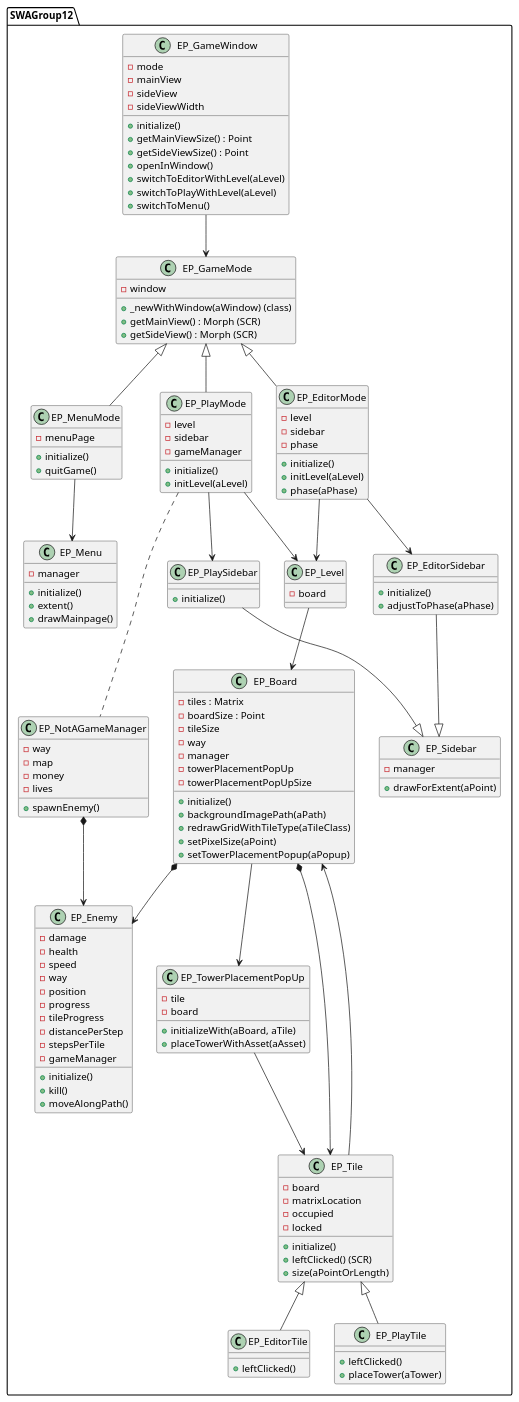
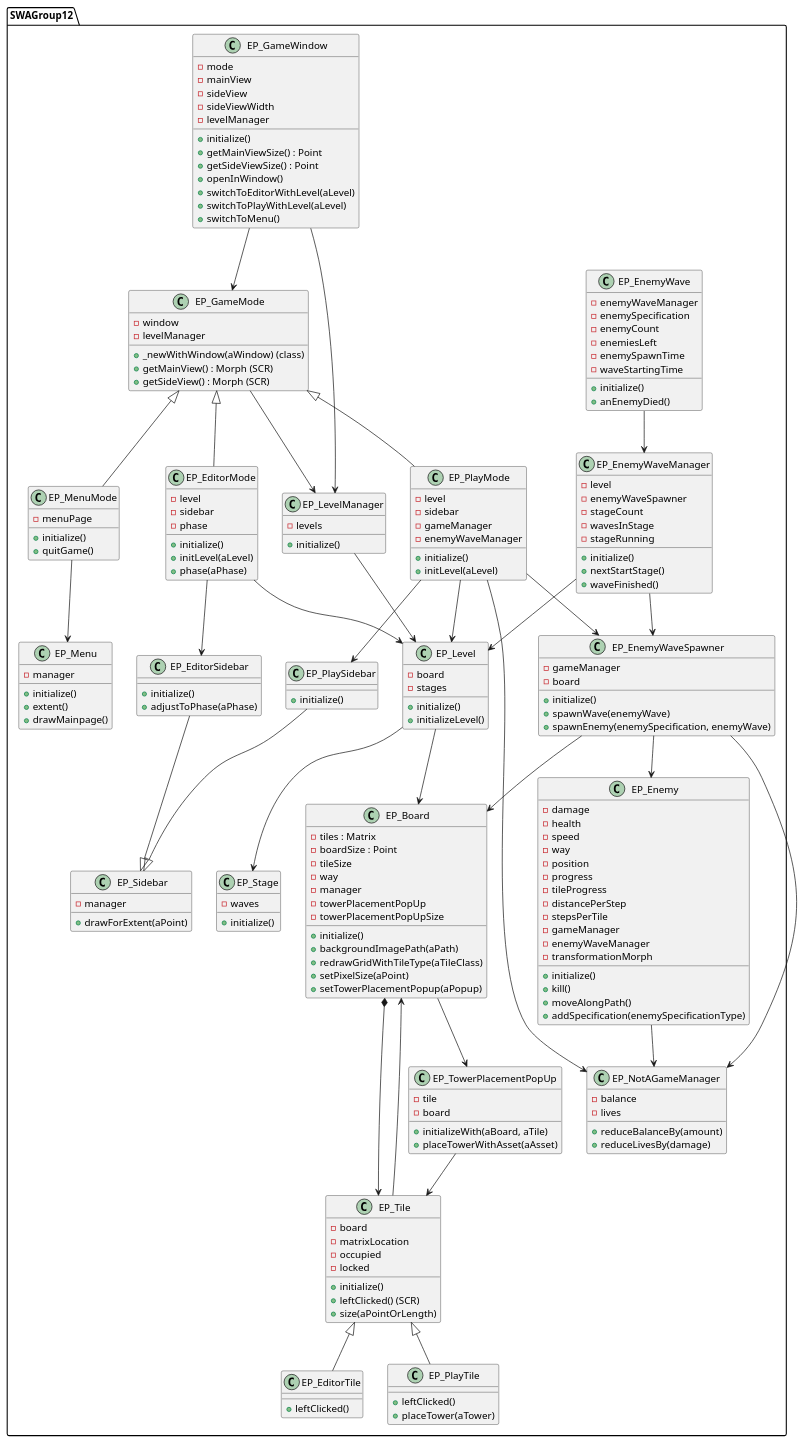
One commit to tobiashornbogen/swa_misc changed the diagram in diagram.puml. Above: the diagram before and after it, drawn with PlantUML.

Commit message:
added new Wave Management Structure

```diff
--- a/diagram.puml
+++ b/diagram.puml
@@ -47,9 +47,47 @@
         -distancePerStep
         -stepsPerTile
         -gameManager
+        -enemyWaveManager
+        -transformationMorph
         +initialize()
         +kill()
         +moveAlongPath()
+        +addSpecification(enemySpecificationType)
+    }
+
+    class EP_EnemyWaveSpawner {
+        -gameManager
+        -board
+        +initialize()
+        +spawnWave(enemyWave)
+        +spawnEnemy(enemySpecification, enemyWave)
+    }
+
+    class EP_EnemyWave {
+        -enemyWaveManager
+        -enemySpecification
+        -enemyCount
+        -enemiesLeft
+        -enemySpawnTime
+        -waveStartingTime
+        +initialize()
+        +anEnemyDied()
+    }
+
+    class EP_EnemyWaveManager {
+        -level
+        -enemyWaveSpawner
+        -stageCount
+        -wavesInStage
+        -stageRunning
+        +initialize()
+        +nextStartStage()
+        +waveFinished()
+    }
+
+    class EP_Stage {
+        -waves
+        +initialize()
     }
 
     class EP_TowerPlacementPopUp {
@@ -61,6 +99,7 @@
 
     class EP_GameMode {
         -window
+        -levelManager
         +_newWithWindow(aWindow) (class)
         +getMainView() : Morph (SCR)
         +getSideView() : Morph (SCR)
@@ -76,6 +115,7 @@
         -level
         -sidebar
         -gameManager
+        -enemyWaveManager
         +initialize()
         +initLevel(aLevel)
     }
@@ -108,6 +148,7 @@
         -mainView
         -sideView
         -sideViewWidth
+        -levelManager
         +initialize()
         +getMainViewSize() : Point
         +getSideViewSize() : Point
@@ -125,24 +166,47 @@
     }
 
     class EP_NotAGameManager {
-        -way
-        -map
-        -money
+        -balance
         -lives
-        +spawnEnemy()
+        +reduceBalanceBy(amount)
+        +reduceLivesBy(damage)
     }
 
     class EP_Level {
         -board
+        -stages
+        +initialize()
+        +initializeLevel()
     }
 
+    class EP_LevelManager {
+        -levels
+        +initialize()
+    }
+
+    EP_LevelManager --> EP_Level
+
+    EP_Level --> EP_Board
+    EP_Level --> EP_Stage
+
+    EP_Enemy --> EP_NotAGameManager
+
+    EP_EnemyWaveSpawner --> EP_Board
+    EP_EnemyWaveSpawner --> EP_NotAGameManager
+    EP_EnemyWaveSpawner --> EP_Enemy
+
+    EP_EnemyWaveManager --> EP_EnemyWaveSpawner
+    EP_EnemyWaveManager --> EP_Level
+
+    EP_EnemyWave --> EP_EnemyWaveManager
 
     EP_GameWindow --> EP_GameMode
+    EP_GameWindow --> EP_LevelManager
 
     EP_Board *--> EP_Tile
-    EP_Board *--> EP_Enemy
     EP_Board --> EP_TowerPlacementPopUp
 
+    EP_GameMode --> EP_LevelManager
     EP_GameMode <|-- EP_MenuMode
     EP_GameMode <|-- EP_EditorMode
     EP_GameMode <|-- EP_PlayMode
@@ -151,12 +215,12 @@
     
     EP_PlayMode --> EP_Level
     EP_PlayMode --> EP_PlaySidebar
+    EP_PlayMode --> EP_EnemyWaveSpawner
+
     EP_EditorMode --> EP_Level
     EP_EditorMode --> EP_EditorSidebar
-    EP_Level --> EP_Board
 
-    EP_PlayMode ... EP_NotAGameManager
-    EP_NotAGameManager *--> EP_Enemy
+    EP_PlayMode --> EP_NotAGameManager
     EP_TowerPlacementPopUp --> EP_Tile
     
     EP_Tile --> EP_Board
```
